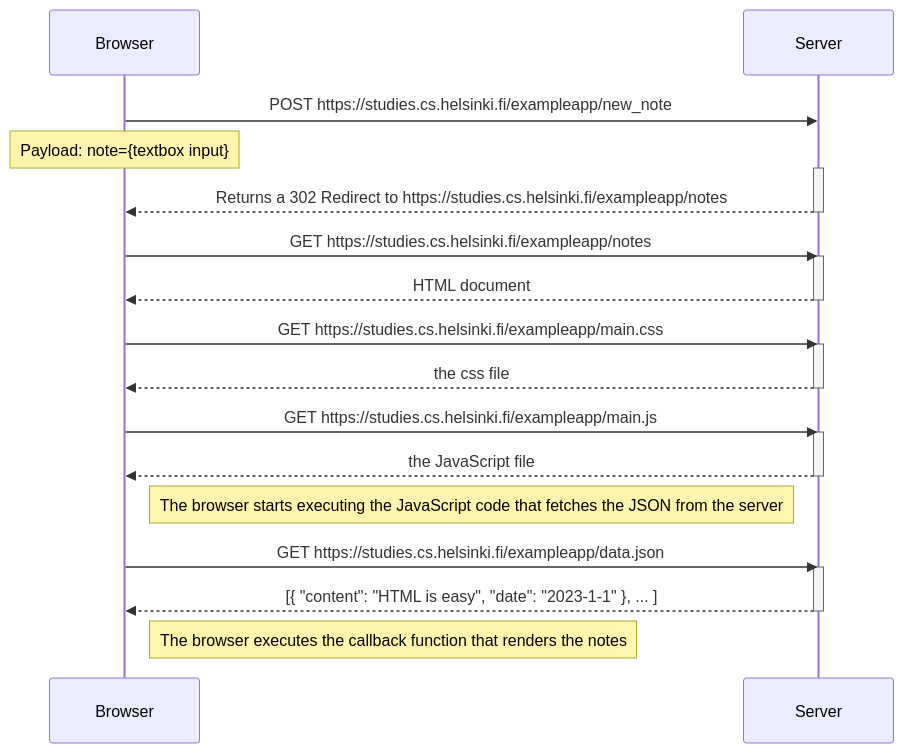
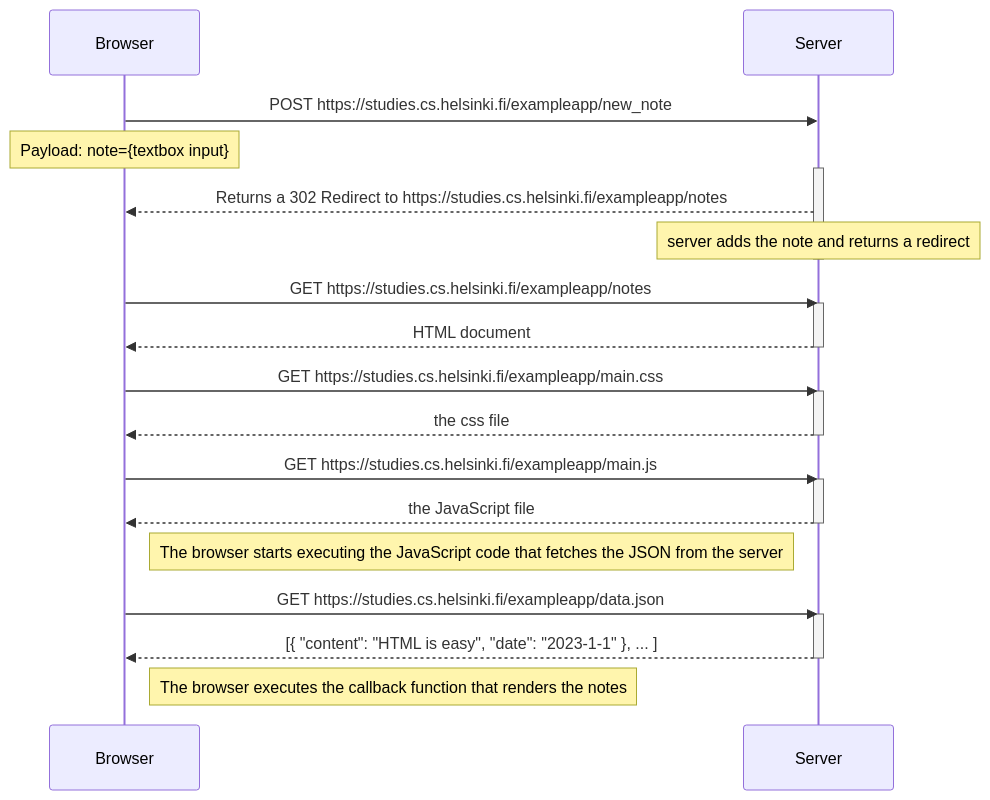
One commit to mdsahilak/FullStackOpen-Course changed the diagram in excercises/part0/ex0.4.md. Above: the diagram before and after it, drawn with Mermaid.

Commit message:
tiny updates

````diff
--- a/excercises/part0/ex0.4.md
+++ b/excercises/part0/ex0.4.md
@@ -1,35 +1,36 @@
 ```mermaid
 sequenceDiagram
     participant Browser
     participant Server
 
     Browser->>Server: POST https://studies.cs.helsinki.fi/exampleapp/new_note
     Note over Browser: Payload: note={textbox input}
     activate Server
     Server-->>Browser: Returns a 302 Redirect to https://studies.cs.helsinki.fi/exampleapp/notes
+    Note over Server: server adds the note and returns a redirect
     deactivate Server
 
     Browser->>Server: GET https://studies.cs.helsinki.fi/exampleapp/notes
     activate Server
     Server-->>Browser: HTML document
     deactivate Server
 
     Browser->>Server: GET https://studies.cs.helsinki.fi/exampleapp/main.css
     activate Server
     Server-->>Browser: the css file
     deactivate Server
 
     Browser->>Server: GET https://studies.cs.helsinki.fi/exampleapp/main.js
     activate Server
     Server-->>Browser: the JavaScript file
     deactivate Server
 
     Note right of Browser: The browser starts executing the JavaScript code that fetches the JSON from the server
 
     Browser->>Server: GET https://studies.cs.helsinki.fi/exampleapp/data.json
     activate Server
     Server-->>Browser: [{ "content": "HTML is easy", "date": "2023-1-1" }, ... ]
     deactivate Server
 
     Note right of Browser: The browser executes the callback function that renders the notes
 ```
````
